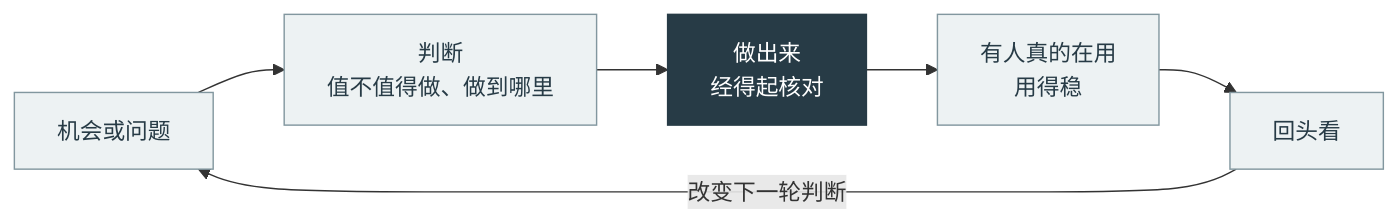
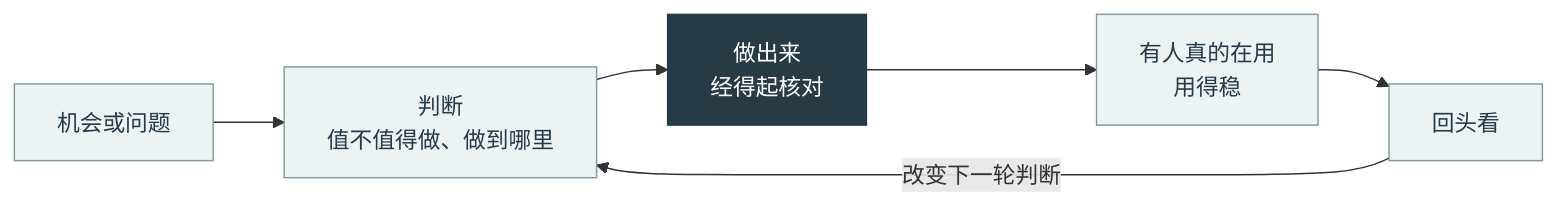
One commit to HengYangDS/rethinking-work changed the diagram in diagrams/work-chain.mmd. Above: the diagram before and after it, drawn with Mermaid. The commit also changed 4 other files, not shown here.

```diff
--- a/diagrams/work-chain.mmd
+++ b/diagrams/work-chain.mmd
@@ -1,11 +1,11 @@
 flowchart LR
  A["机会或问题"] --> B["判断<br/>值不值得做、做到哪里"]
  B --> C["做出来<br/>经得起核对"]
  C --> D["有人真的在用<br/>用得稳"]
  D --> E["回头看"]
- E -->|"改变下一轮判断"| A
+ E -->|"改变下一轮判断"| B
 
 classDef base fill:#edf2f3,stroke:#82979f,color:#273b46,stroke-width:1px;
 classDef focus fill:#273b46,stroke:#273b46,color:#ffffff,stroke-width:1px;
 class A,B,D,E base;
 class C focus;
```
